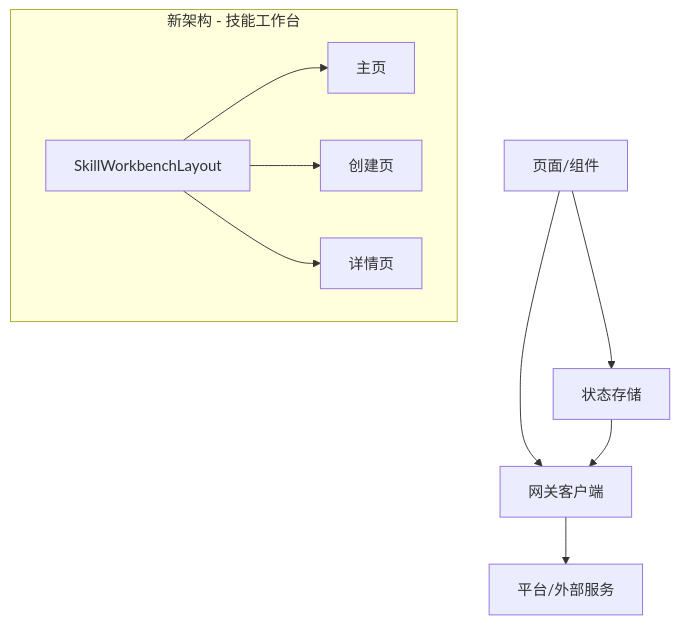
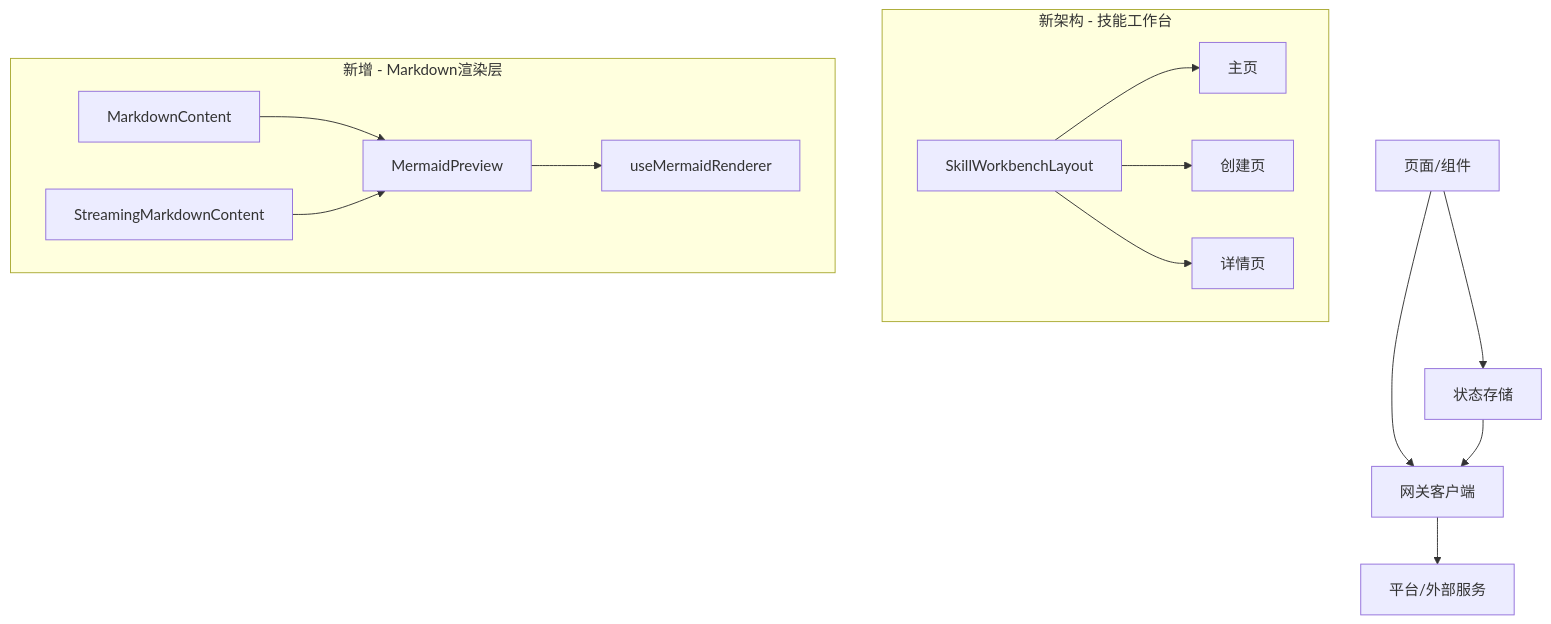
Before and after one commit to WW-AI-Lab/openclaw-office: the second of 9 diagrams in .qoder/repowiki/zh/content/控制台管理界面/技能管理.md, drawn with Mermaid. The commit also changed other lines of this file and 36 other files, not shown here.

````diff
--- a/.qoder/repowiki/zh/content/控制台管理界面/技能管理.md
+++ b/.qoder/repowiki/zh/content/控制台管理界面/技能管理.md
@@ -179,12 +210,17 @@
 ```mermaid
 graph TB
 UI["页面/组件"] --> Store["状态存储"]
 UI --> Gateway["网关客户端"]
 Store --> Gateway
 Gateway --> Platform["平台/外部服务"]
 subgraph "新架构 - 技能工作台"
 SWL["SkillWorkbenchLayout"] --> SWHP["主页"]
 SWL --> SWCP["创建页"]
 SWL --> SWDP["详情页"]
 end
+subgraph "新增 - Markdown渲染层"
+MC["MarkdownContent"] --> MP["MermaidPreview"]
+SMC["StreamingMarkdownContent"] --> MP
+MP --> UMR["useMermaidRenderer"]
+end
 ```
````
